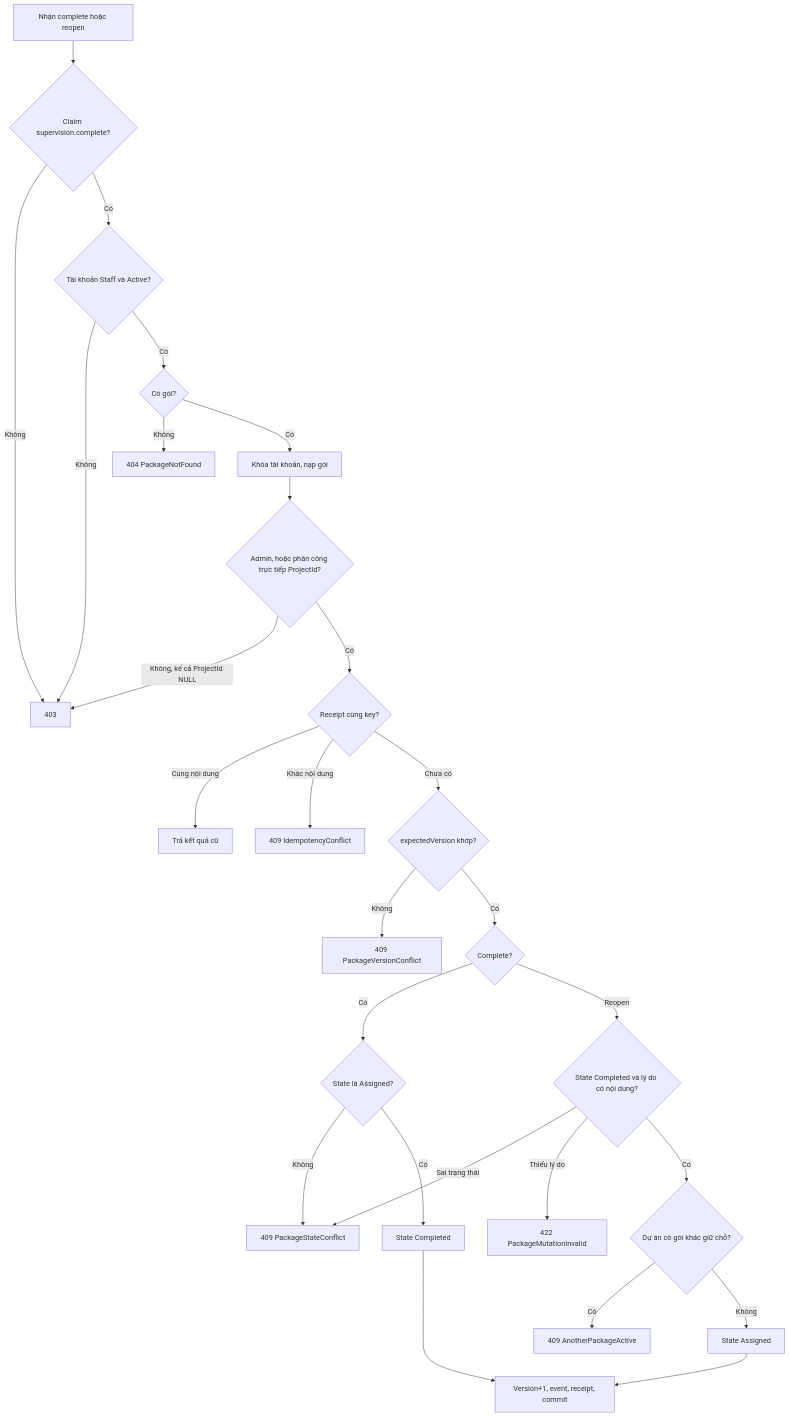
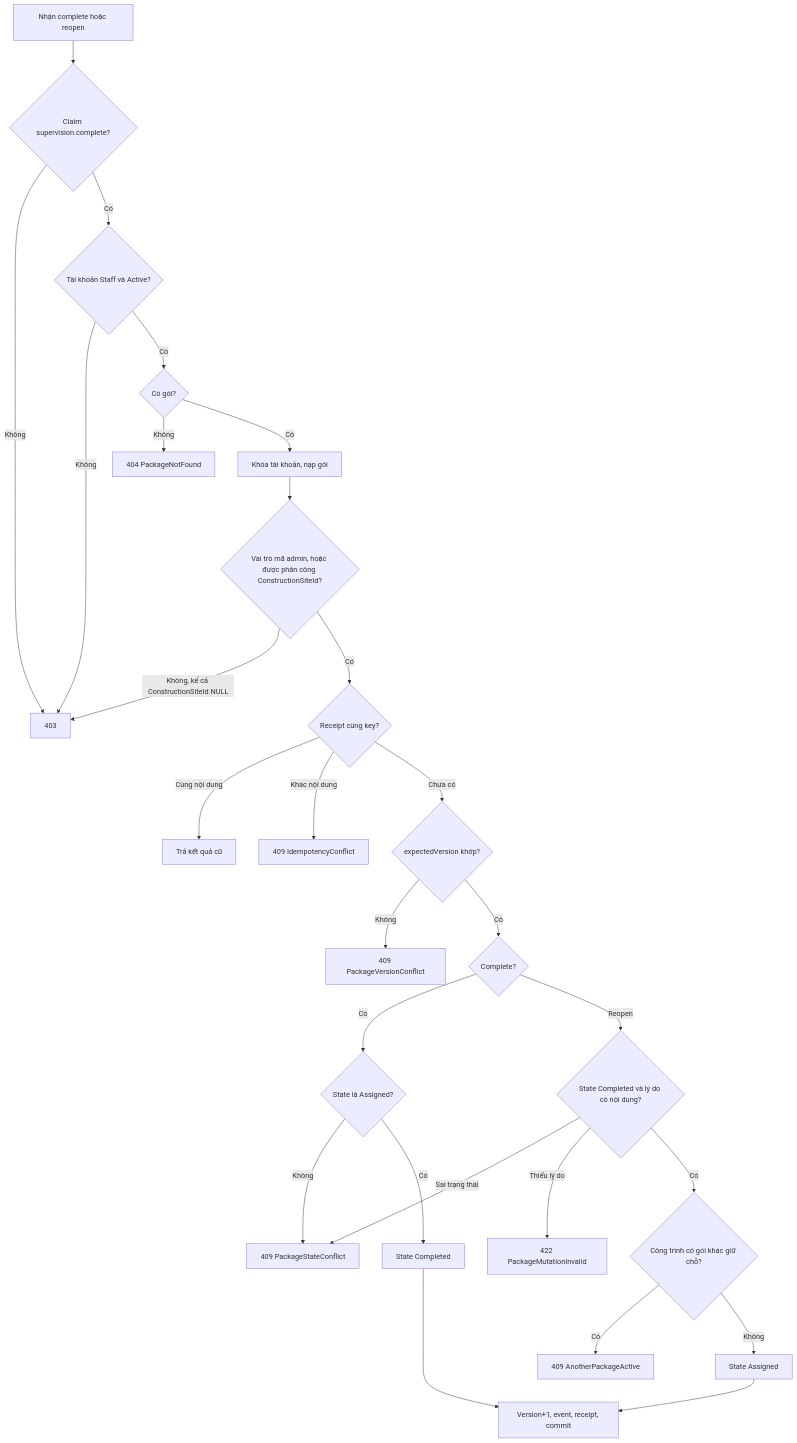
The third of 5 diagrams in tdd/TDD-SUB-006.md (TaskCoper/bmt-documentation), drawn with Mermaid before and after one commit. The commit also changed other lines of this file and 19 other files, not shown here.

````diff
--- a/tdd/TDD-SUB-006.md
+++ b/tdd/TDD-SUB-006.md
@@ -191,29 +201,29 @@
 ```mermaid
 flowchart TD
     A[Nhận complete hoặc reopen] --> B{Claim supervision.complete?}
     B -->|Không| X403[403]
     B -->|Có| C{Tài khoản Staff và Active?}
     C -->|Không| X403
     C -->|Có| D{Có gói?}
     D -->|Không| X404[404 PackageNotFound]
     D -->|Có| E[Khóa tài khoản, nạp gói]
-    E --> F{Admin, hoặc phân công trực tiếp ProjectId?}
-    F -->|Không, kể cả ProjectId NULL| X403
+    E --> F{Vai trò mã admin, hoặc được phân công ConstructionSiteId?}
+    F -->|Không, kể cả ConstructionSiteId NULL| X403
     F -->|Có| G{Receipt cùng key?}
     G -->|Cùng nội dung| R[Trả kết quả cũ]
     G -->|Khác nội dung| X409a[409 IdempotencyConflict]
     G -->|Chưa có| H{expectedVersion khớp?}
     H -->|Không| X409b[409 PackageVersionConflict]
     H -->|Có| I{Complete?}
     I -->|Có| J{State là Assigned?}
     J -->|Không| X409c[409 PackageStateConflict]
     J -->|Có| M[State Completed]
     I -->|Reopen| K{State Completed và lý do có nội dung?}
     K -->|Sai trạng thái| X409c
     K -->|Thiếu lý do| X422[422 PackageMutationInvalid]
-    K -->|Có| L{Dự án có gói khác giữ chỗ?}
+    K -->|Có| L{Công trình có gói khác giữ chỗ?}
     L -->|Có| X409d[409 AnotherPackageActive]
     L -->|Không| N[State Assigned]
     M --> W[Version+1, event, receipt, commit]
     N --> W
 ```
````
